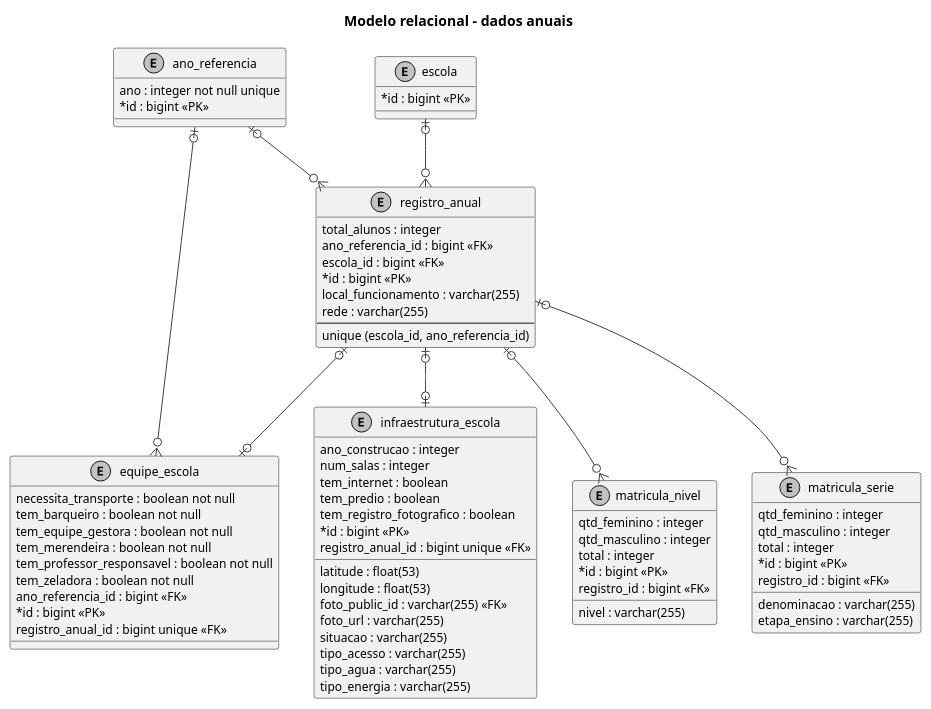
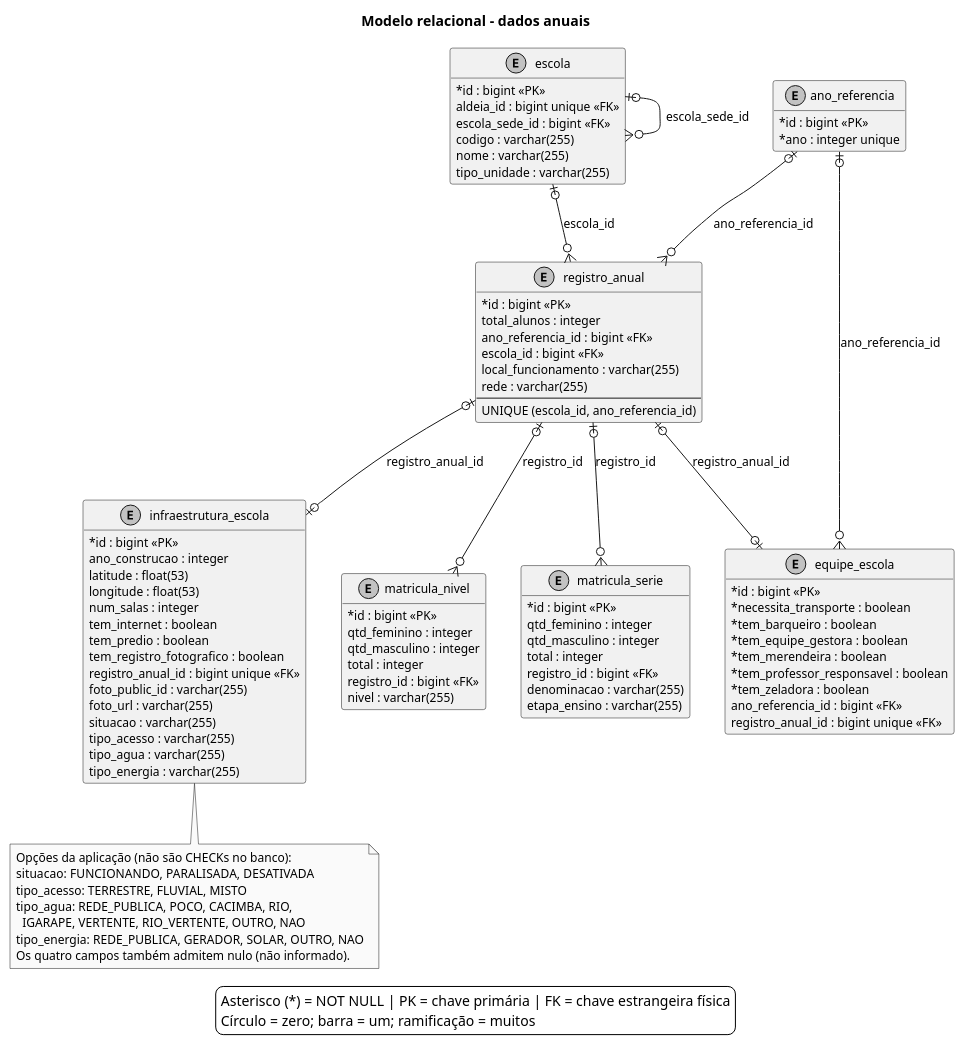
The diagram in Monografia___Latex/diagramas/09-er-dados-anuais.md (euzebio-chokolate/SIGEI), drawn with PlantUML before and after one commit. The commit also changed other lines of this file and 6 other files, not shown here.

Commit message:
docs: atualiza diagramas ER e inclui auditoria Envers

````diff
--- a/Monografia___Latex/diagramas/09-er-dados-anuais.md
+++ b/Monografia___Latex/diagramas/09-er-dados-anuais.md
@@ -9,78 +11,96 @@
 skinparam shadowing false
 skinparam defaultFontName Arial
 skinparam defaultFontSize 12
-skinparam ArrowColor #334155
-skinparam packageStyle rectangle
 skinparam classAttributeIconSize 0
 skinparam monochrome true
+hide methods
 entity escola {
-  * id : bigint <<PK>>
+  {field} * id : bigint <<PK>>
+  {field} aldeia_id : bigint unique <<FK>>
+  {field} escola_sede_id : bigint <<FK>>
+  {field} codigo : varchar(255)
+  {field} nome : varchar(255)
+  {field} tipo_unidade : varchar(255)
 }
 entity ano_referencia {
-  ano : integer not null unique
-  * id : bigint <<PK>>
+  {field} * id : bigint <<PK>>
+  {field} * ano : integer unique
 }
 entity registro_anual {
-  total_alunos : integer
-  ano_referencia_id : bigint <<FK>>
-  escola_id : bigint <<FK>>
-  * id : bigint <<PK>>
-  local_funcionamento : varchar(255)
-  rede : varchar(255)
+  {field} * id : bigint <<PK>>
+  {field} total_alunos : integer
+  {field} ano_referencia_id : bigint <<FK>>
+  {field} escola_id : bigint <<FK>>
+  {field} local_funcionamento : varchar(255)
+  {field} rede : varchar(255)
   --
-  unique (escola_id, ano_referencia_id)
+  {field} UNIQUE (escola_id, ano_referencia_id)
 }
 entity equipe_escola {
-  necessita_transporte : boolean not null
-  tem_barqueiro : boolean not null
-  tem_equipe_gestora : boolean not null
-  tem_merendeira : boolean not null
-  tem_professor_responsavel : boolean not null
-  tem_zeladora : boolean not null
-  ano_referencia_id : bigint <<FK>>
-  * id : bigint <<PK>>
-  registro_anual_id : bigint unique <<FK>>
+  {field} * id : bigint <<PK>>
+  {field} * necessita_transporte : boolean
+  {field} * tem_barqueiro : boolean
+  {field} * tem_equipe_gestora : boolean
+  {field} * tem_merendeira : boolean
+  {field} * tem_professor_responsavel : boolean
+  {field} * tem_zeladora : boolean
+  {field} ano_referencia_id : bigint <<FK>>
+  {field} registro_anual_id : bigint unique <<FK>>
 }
 entity infraestrutura_escola {
-  ano_construcao : integer
-  latitude : float(53)
-  longitude : float(53)
-  num_salas : integer
-  tem_internet : boolean
-  tem_predio : boolean
-  tem_registro_fotografico : boolean
-  * id : bigint <<PK>>
-  registro_anual_id : bigint unique <<FK>>
-  foto_public_id : varchar(255) <<FK>>
-  foto_url : varchar(255)
-  situacao : varchar(255)
-  tipo_acesso : varchar(255)
-  tipo_agua : varchar(255)
-  tipo_energia : varchar(255)
+  {field} * id : bigint <<PK>>
+  {field} ano_construcao : integer
+  {field} latitude : float(53)
+  {field} longitude : float(53)
+  {field} num_salas : integer
+  {field} tem_internet : boolean
+  {field} tem_predio : boolean
+  {field} tem_registro_fotografico : boolean
+  {field} registro_anual_id : bigint unique <<FK>>
+  {field} foto_public_id : varchar(255)
+  {field} foto_url : varchar(255)
+  {field} situacao : varchar(255)
+  {field} tipo_acesso : varchar(255)
+  {field} tipo_agua : varchar(255)
+  {field} tipo_energia : varchar(255)
 }
 entity matricula_nivel {
-  qtd_feminino : integer
-  qtd_masculino : integer
-  total : integer
-  * id : bigint <<PK>>
-  registro_id : bigint <<FK>>
-  nivel : varchar(255)
+  {field} * id : bigint <<PK>>
+  {field} qtd_feminino : integer
+  {field} qtd_masculino : integer
+  {field} total : integer
+  {field} registro_id : bigint <<FK>>
+  {field} nivel : varchar(255)
 }
 entity matricula_serie {
-  qtd_feminino : integer
-  qtd_masculino : integer
-  total : integer
-  * id : bigint <<PK>>
-  registro_id : bigint <<FK>>
-  denominacao : varchar(255)
-  etapa_ensino : varchar(255)
+  {field} * id : bigint <<PK>>
+  {field} qtd_feminino : integer
+  {field} qtd_masculino : integer
+  {field} total : integer
+  {field} registro_id : bigint <<FK>>
+  {field} denominacao : varchar(255)
+  {field} etapa_ensino : varchar(255)
 }
-escola |o--o{ registro_anual
-ano_referencia |o--o{ registro_anual
-ano_referencia |o--o{ equipe_escola
-registro_anual |o--o| equipe_escola
-registro_anual |o--o| infraestrutura_escola
-registro_anual |o--o{ matricula_nivel
-registro_anual |o--o{ matricula_serie
+escola |o--o{ escola : escola_sede_id
+ano_referencia |o--o{ registro_anual : ano_referencia_id
+escola |o--o{ registro_anual : escola_id
+ano_referencia |o--o{ equipe_escola : ano_referencia_id
+registro_anual |o--o| equipe_escola : registro_anual_id
+registro_anual |o--o| infraestrutura_escola : registro_anual_id
+registro_anual |o--o{ matricula_nivel : registro_id
+registro_anual |o--o{ matricula_serie : registro_id
+note bottom of infraestrutura_escola
+  Opções da aplicação (não são CHECKs no banco):
+  situacao: FUNCIONANDO, PARALISADA, DESATIVADA
+  tipo_acesso: TERRESTRE, FLUVIAL, MISTO
+  tipo_agua: REDE_PUBLICA, POCO, CACIMBA, RIO,
+    IGARAPE, VERTENTE, RIO_VERTENTE, OUTRO, NAO
+  tipo_energia: REDE_PUBLICA, GERADOR, SOLAR, OUTRO, NAO
+  Os quatro campos também admitem nulo (não informado).
+end note
+legend bottom
+  Asterisco (*) = NOT NULL | PK = chave primária | FK = chave estrangeira física
+  Círculo = zero; barra = um; ramificação = muitos
+endlegend
 @enduml
 ```
````
